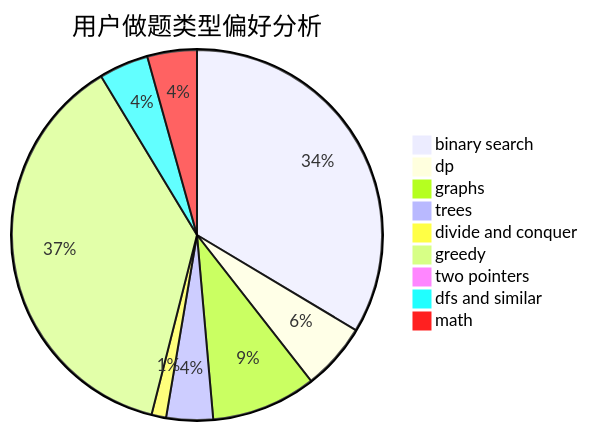
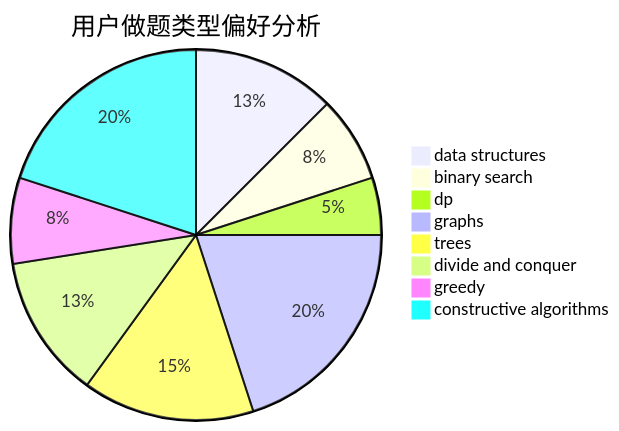
One commit to sherpahu/cfrs.github.io changed the second of 3 diagrams in docs/user/u337.md. Above: the diagram before and after it, drawn with Mermaid. The commit also changed other lines of this file and 2775 other files, not shown here.

````diff
--- a/docs/user/u337.md
+++ b/docs/user/u337.md
@@ -23,12 +23,11 @@
 ```mermaid
 pie title 用户做题类型偏好分析
-    "binary search" :  132
-    "dp" :  23
-    "graphs" :  36
-    "trees" :  16
+    "data structures" :  5
+    "binary search" :  3
+    "dp" :  2
+    "graphs" :  8
+    "trees" :  6
     "divide and conquer" :  5
-    "greedy" :  147
-    "two pointers" :  0
-    "dfs and similar" :  17
-    "math" :  17
+    "greedy" :  3
+    "constructive algorithms" :  8
 ```
````
